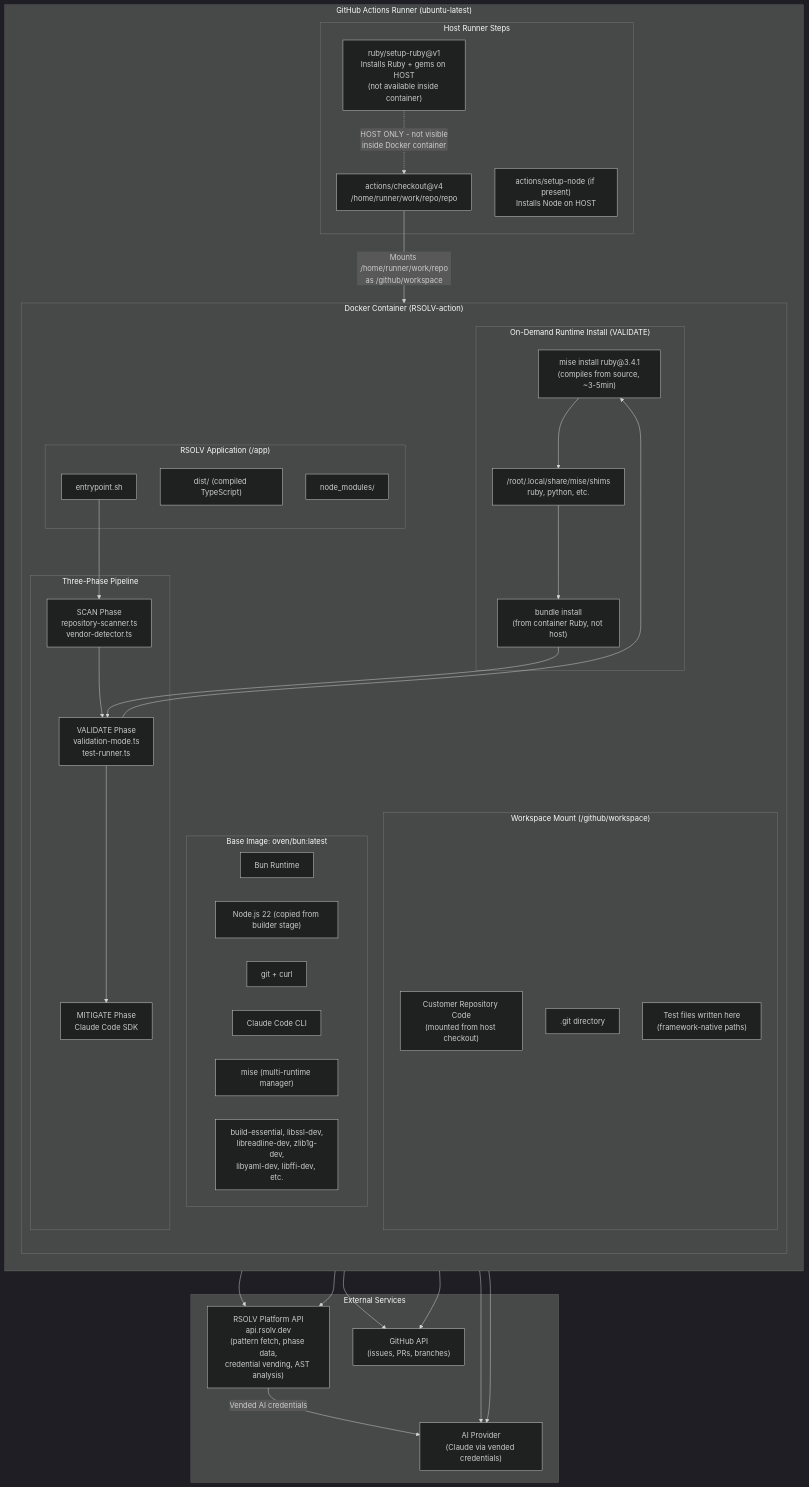
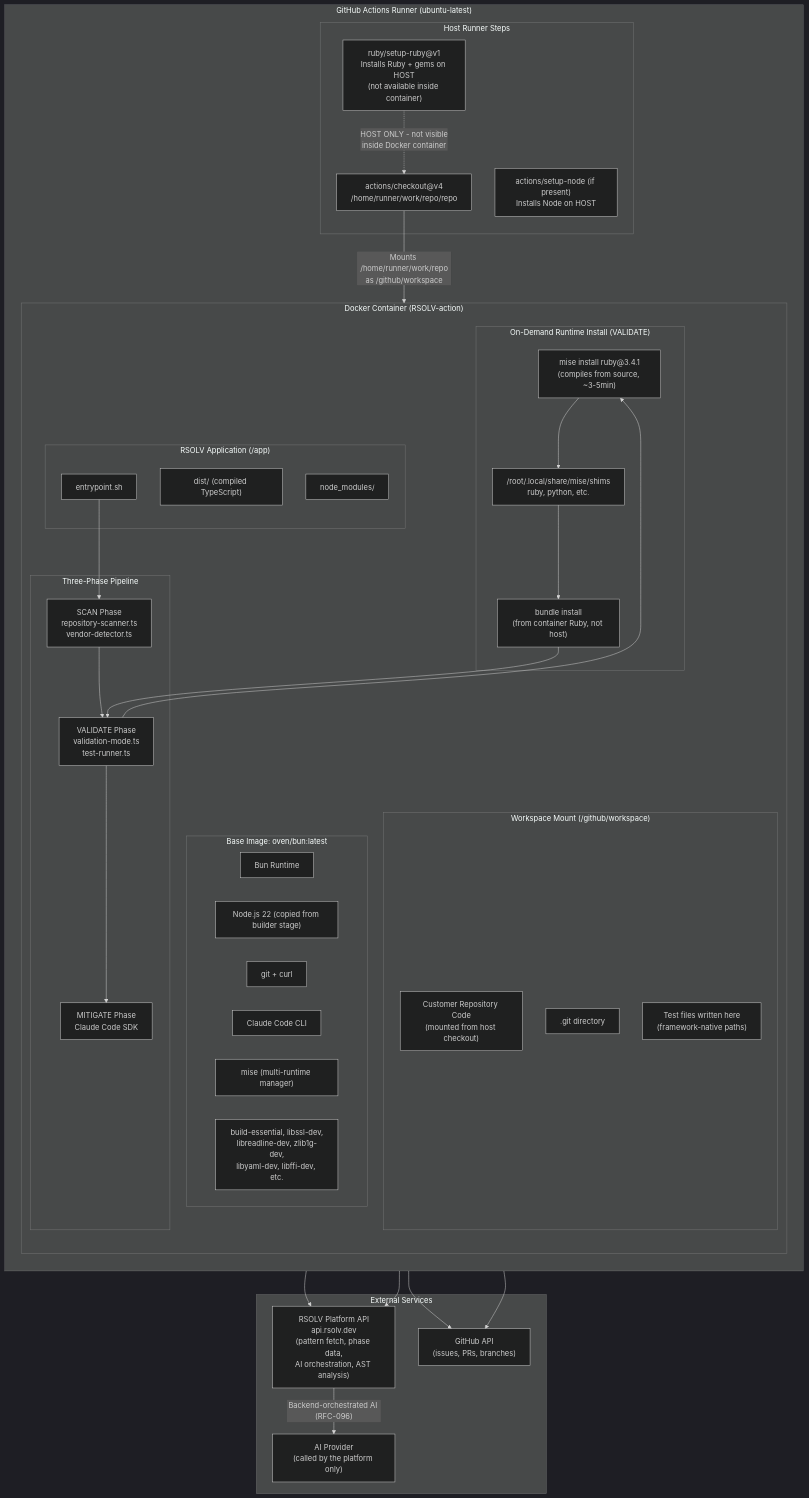
One commit to RSOLV-dev/rsolv-action changed the eighth of 8 diagrams in docs/system-architecture-flow.md. Above: the diagram before and after it, drawn with Mermaid (dark theme). The commit also changed other lines of this file and 49 other files, not shown here.

````diff
--- a/docs/system-architecture-flow.md
+++ b/docs/system-architecture-flow.md
@@ -399,72 +398,70 @@
 ```mermaid
 graph TB
     subgraph "GitHub Actions Runner (ubuntu-latest)"
         direction TB
 
         subgraph "Host Runner Steps"
             CHECKOUT["actions/checkout@v4<br/>/home/runner/work/repo/repo"]
             SETUP_RUBY["ruby/setup-ruby@v1<br/>Installs Ruby + gems on HOST<br/>(not available inside container)"]
             SETUP_NODE["actions/setup-node (if present)<br/>Installs Node on HOST"]
         end
 
         subgraph "Docker Container (RSOLV-action)"
             direction TB
 
             subgraph "Base Image: oven/bun:latest"
                 BUN["Bun Runtime"]
                 NODE["Node.js 22 (copied from builder stage)"]
                 GIT["git + curl"]
                 CLAUDE_CLI["Claude Code CLI"]
                 MISE["mise (multi-runtime manager)"]
                 BUILD_TOOLS["build-essential, libssl-dev,<br/>libreadline-dev, zlib1g-dev,<br/>libyaml-dev, libffi-dev, etc."]
             end
 
             subgraph "RSOLV Application (/app)"
                 ENTRY["entrypoint.sh"]
                 DIST["dist/ (compiled TypeScript)"]
                 NMODS["node_modules/"]
             end
 
             subgraph "Workspace Mount (/github/workspace)"
                 REPO_CODE["Customer Repository Code<br/>(mounted from host checkout)"]
                 DOTGIT[".git directory"]
                 TEST_FILES["Test files written here<br/>(framework-native paths)"]
             end
 
             subgraph "Three-Phase Pipeline"
                 SCAN["SCAN Phase<br/>repository-scanner.ts<br/>vendor-detector.ts"]
                 VALIDATE["VALIDATE Phase<br/>validation-mode.ts<br/>test-runner.ts"]
                 MITIGATE["MITIGATE Phase<br/>Claude Code SDK"]
             end
 
             subgraph "On-Demand Runtime Install (VALIDATE)"
                 MISE_INSTALL["mise install ruby@3.4.1<br/>(compiles from source, ~3-5min)"]
                 SHIMS["/root/.local/share/mise/shims<br/>ruby, python, etc."]
                 BUNDLE["bundle install<br/>(from container Ruby, not host)"]
             end
         end
     end
 
     subgraph "External Services"
-        RSOLV_API["RSOLV Platform API<br/>api.rsolv.dev<br/>(pattern fetch, phase data,<br/>credential vending, AST analysis)"]
+        RSOLV_API["RSOLV Platform API<br/>api.rsolv.dev<br/>(pattern fetch, phase data,<br/>AI orchestration, AST analysis)"]
         GITHUB_API["GitHub API<br/>(issues, PRs, branches)"]
-        AI_PROVIDER["AI Provider<br/>(Claude via vended credentials)"]
+        AI_PROVIDER["AI Provider<br/>(called by the platform only)"]
     end
 
     CHECKOUT --> |"Mounts /home/runner/work/repo<br/>as /github/workspace"| REPO_CODE
     SETUP_RUBY -.-> |"HOST ONLY - not visible<br/>inside Docker container"| CHECKOUT
     ENTRY --> SCAN
     SCAN --> VALIDATE
     VALIDATE --> MITIGATE
     VALIDATE --> MISE_INSTALL
     MISE_INSTALL --> SHIMS
     SHIMS --> BUNDLE
     BUNDLE --> VALIDATE
     SCAN --> RSOLV_API
     VALIDATE --> RSOLV_API
-    VALIDATE --> AI_PROVIDER
-    MITIGATE --> AI_PROVIDER
     MITIGATE --> GITHUB_API
     SCAN --> GITHUB_API
-    RSOLV_API --> |"Vended AI credentials"| AI_PROVIDER
+    RSOLV_API --> |"Backend-orchestrated AI (RFC-096)"| AI_PROVIDER
 ```
````
